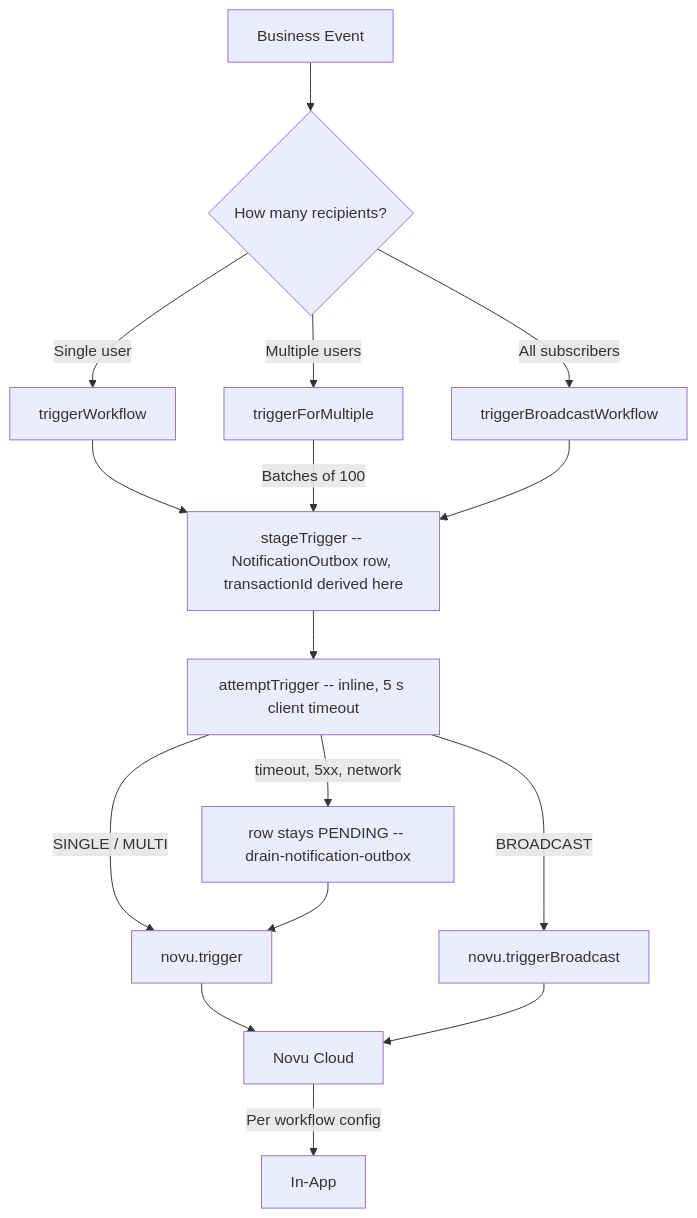
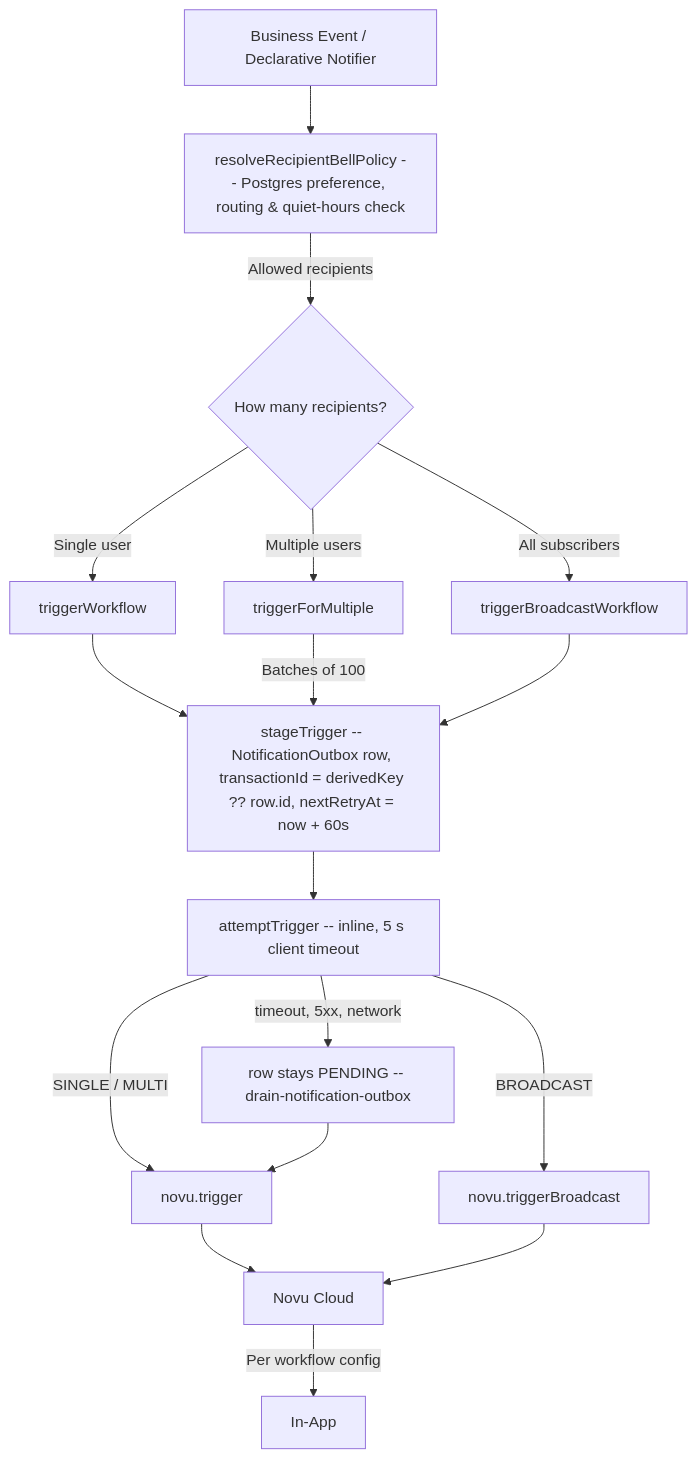
Before and after one commit to Practitionist/familiarise_web: the fifth of 7 diagrams in docs/notifications/01-architecture.md, drawn with Mermaid. The commit also changed other lines of this file and 31 other files, not shown here.

````diff
--- a/docs/notifications/01-architecture.md
+++ b/docs/notifications/01-architecture.md
@@ -272,20 +304,21 @@
 ```mermaid
 graph TD
-    A[Business Event] --> B{How many recipients?}
+    A[Business Event / Declarative Notifier] --> P[resolveRecipientBellPolicy -- Postgres preference, routing & quiet-hours check]
+    P -->|Allowed recipients| B{How many recipients?}
     B -->|Single user| C[triggerWorkflow]
     B -->|Multiple users| D[triggerForMultiple]
     B -->|All subscribers| E[triggerBroadcastWorkflow]
 
-    C --> S[stageTrigger -- NotificationOutbox row, transactionId derived here]
+    C --> S[stageTrigger -- NotificationOutbox row, transactionId = derivedKey ?? row.id, nextRetryAt = now + 60s]
     D -->|Batches of 100| S
     E --> S
     S --> T[attemptTrigger -- inline, 5 s client timeout]
     T -->|SINGLE / MULTI| F[novu.trigger]
     T -->|BROADCAST| G[novu.triggerBroadcast]
     T -->|timeout, 5xx, network| R[row stays PENDING -- drain-notification-outbox]
     R --> F
 
     F --> H[Novu Cloud]
     G --> H
     H -->|Per workflow config| I[In-App]
 ```
````
